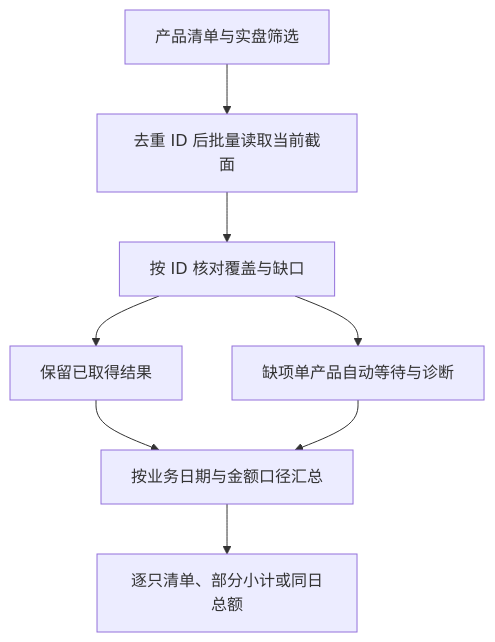
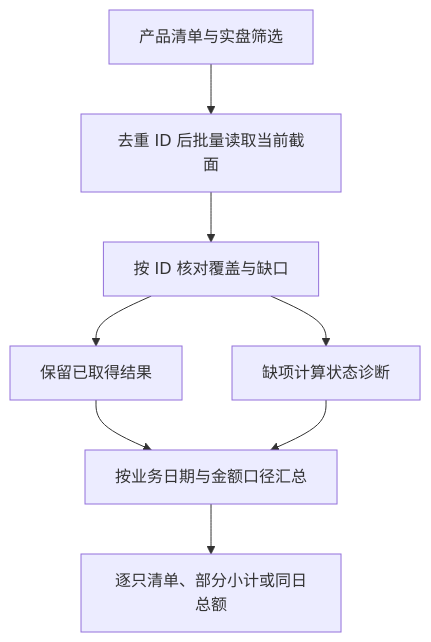
Before and after one commit to ricequant/rqams-harness: the diagram in docs/demo/live-product-scale/README.md, drawn with Mermaid. The commit also changed other lines of this file and 9 other files, not shown here.

````diff
--- a/docs/demo/live-product-scale/README.md
+++ b/docs/demo/live-product-scale/README.md
@@ -46,10 +46,10 @@
 ```mermaid
 flowchart TD
     A[产品清单与实盘筛选] --> B[去重 ID 后批量读取当前截面]
     B --> C[按 ID 核对覆盖与缺口]
     C --> D[保留已取得结果]
-    C --> E[缺项单产品自动等待与诊断]
+    C --> E[缺项计算状态诊断]
     D --> F[按业务日期与金额口径汇总]
     E --> F
     F --> G[逐只清单、部分小计或同日总额]
 ```
````
